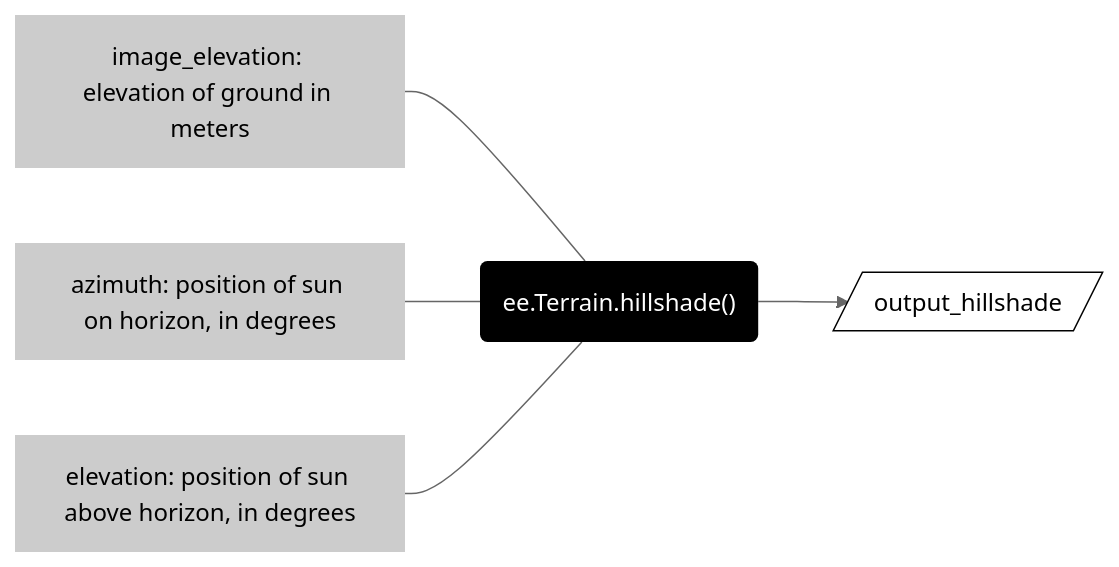
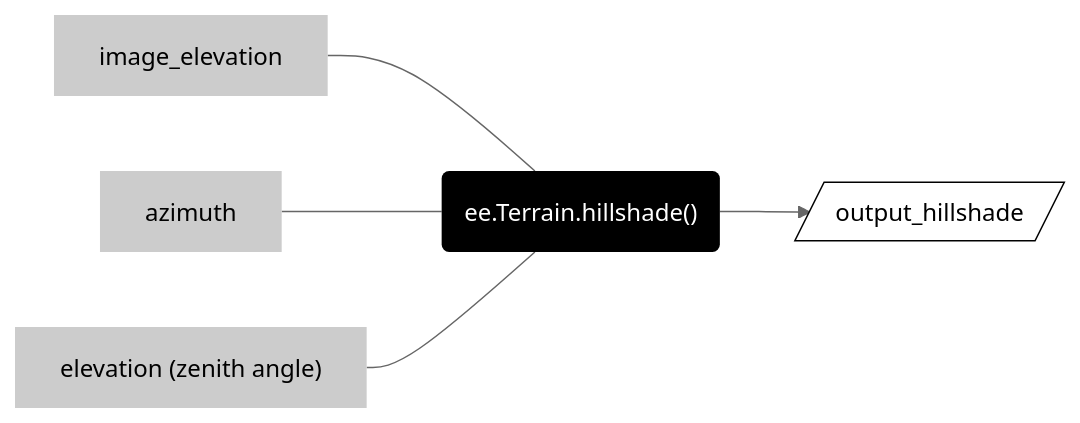
The third of 3 diagrams in src/methods/terrain.md (jeffhowarth/ee-edu), drawn with Mermaid (neutral theme) before and after one commit. The commit also changed other lines of this file and 26 other files, not shown here.

````diff
--- a/src/methods/terrain.md
+++ b/src/methods/terrain.md
@@ -80,25 +160,25 @@
 ``` mermaid
 graph LR
   step02("ee.Terrain.hillshade()") ;
   step03[/"output_hillshade"/]  ;
-  arg01["image_elevation: elevation of ground in meters"] ;
-  arg02["azimuth: position of sun on horizon, in degrees"] ;
-  arg03["elevation: position of sun above horizon, in degrees"] ;
+  arg01["image_elevation"] ;
+  arg02["azimuth"] ;
+  arg03["elevation (zenith angle)"] ;
   
   step02 --> step03
   arg01 --- step02
   arg02 --- step02
   arg03 --- step02
 
   classDef in-out fill:#FFFFFF,stroke-width:1px,stroke: #000000, color:#000000; 
   classDef op fill:#000000,stroke-width:0px,color:#FFFFFF;
   classDef arg fill:#CCCCCC,stroke-width:0px,color:#000000;
   
 
   class step01 in-out; 
   class step02 op;
   class step03 in-out;
   class arg01 arg;
   class arg02 arg; 
   class arg03 arg; 
 ```
````
